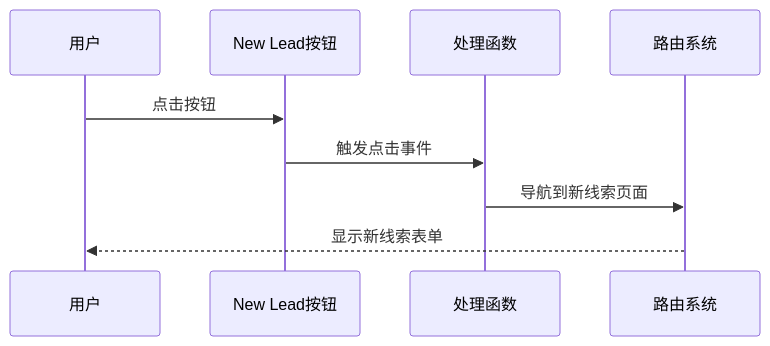
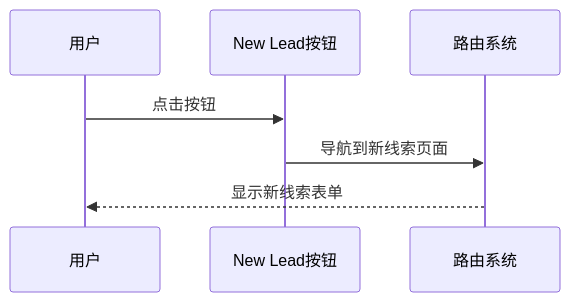
The fifth of 9 diagrams in .qoder/repowiki/zh/content/核心组件/导航组件 (Sidebar).md (xianjianshenqu/SalesFlow-CRM), drawn with Mermaid before and after one commit. The commit also changed other lines of this file and 17 other files, not shown here.

````diff
--- a/.qoder/repowiki/zh/content/核心组件/导航组件 (Sidebar).md
+++ b/.qoder/repowiki/zh/content/核心组件/导航组件 (Sidebar).md
@@ -208,11 +290,9 @@
 ```mermaid
 sequenceDiagram
 participant User as 用户
 participant Button as New Lead按钮
-participant Handler as 处理函数
 participant Router as 路由系统
 User->>Button : 点击按钮
-Button->>Handler : 触发点击事件
-Handler->>Router : 导航到新线索页面
+Button->>Router : 导航到新线索页面
 Router-->>User : 显示新线索表单
 ```
````
